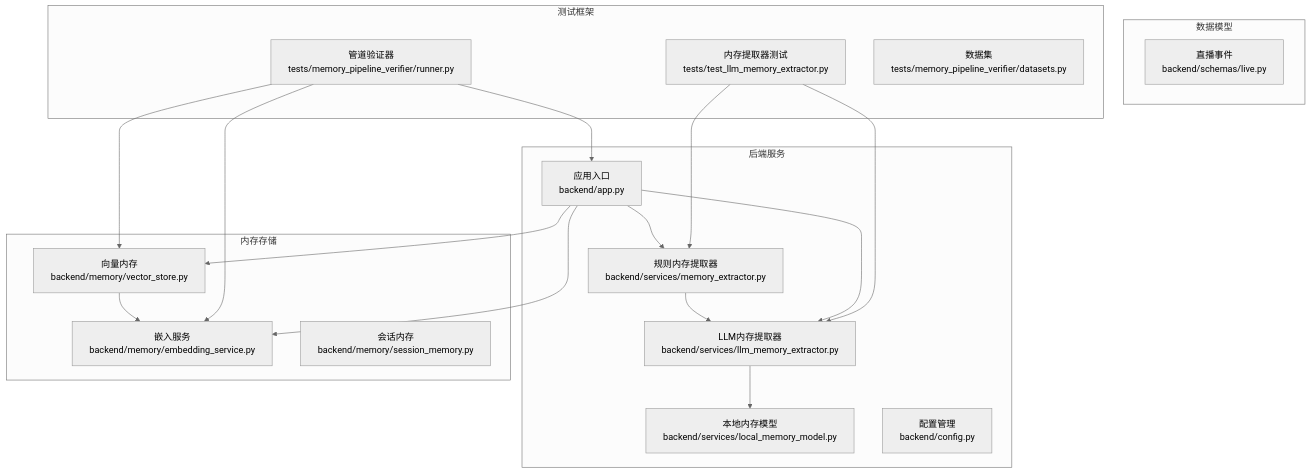
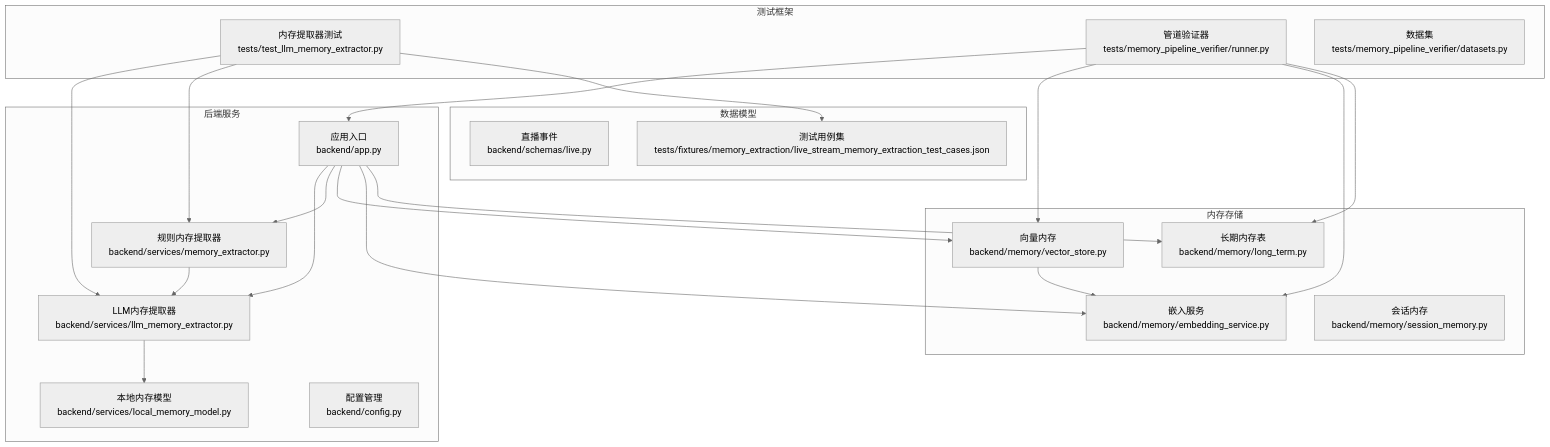
The first of 5 diagrams in .qoder/repowiki/zh/content/测试策略/LLM内存提取器测试.md (Moon-Force/DouYin_llm), drawn with Mermaid (neutral theme) before and after one commit. The commit also changed other lines of this file and 34 other files, not shown here.

````diff
--- a/.qoder/repowiki/zh/content/测试策略/LLM内存提取器测试.md
+++ b/.qoder/repowiki/zh/content/测试策略/LLM内存提取器测试.md
@@ -37,35 +49,40 @@
 ```mermaid
 graph TB
 subgraph "后端服务"
 A[LLM内存提取器<br/>backend/services/llm_memory_extractor.py]
 B[规则内存提取器<br/>backend/services/memory_extractor.py]
 C[本地内存模型<br/>backend/services/local_memory_model.py]
 D[应用入口<br/>backend/app.py]
 E[配置管理<br/>backend/config.py]
 end
 subgraph "内存存储"
 F[向量内存<br/>backend/memory/vector_store.py]
 G[嵌入服务<br/>backend/memory/embedding_service.py]
 H[会话内存<br/>backend/memory/session_memory.py]
+I[长期内存表<br/>backend/memory/long_term.py]
 end
 subgraph "数据模型"
-I[直播事件<br/>backend/schemas/live.py]
+J[直播事件<br/>backend/schemas/live.py]
+K[测试用例集<br/>tests/fixtures/memory_extraction/live_stream_memory_extraction_test_cases.json]
 end
 subgraph "测试框架"
-J[内存提取器测试<br/>tests/test_llm_memory_extractor.py]
-K[管道验证器<br/>tests/memory_pipeline_verifier/runner.py]
-L[数据集<br/>tests/memory_pipeline_verifier/datasets.py]
+L[内存提取器测试<br/>tests/test_llm_memory_extractor.py]
+M[管道验证器<br/>tests/memory_pipeline_verifier/runner.py]
+N[数据集<br/>tests/memory_pipeline_verifier/datasets.py]
 end
 A --> C
 B --> A
 D --> A
 D --> B
 D --> F
 D --> G
+D --> I
 F --> G
-J --> A
-J --> B
-K --> D
-K --> F
-K --> G
+L --> A
+L --> B
+L --> K
+M --> D
+M --> F
+M --> G
+M --> I
 ```
````
